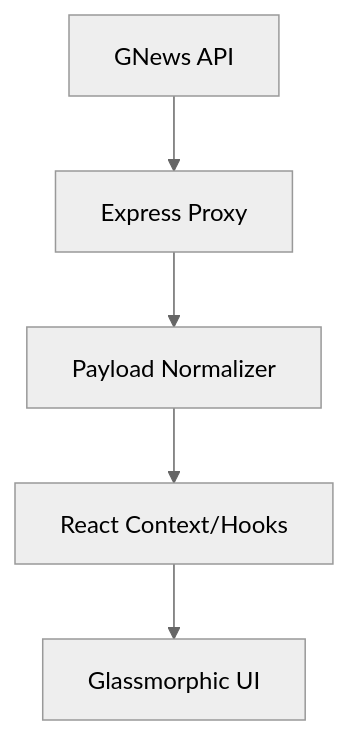
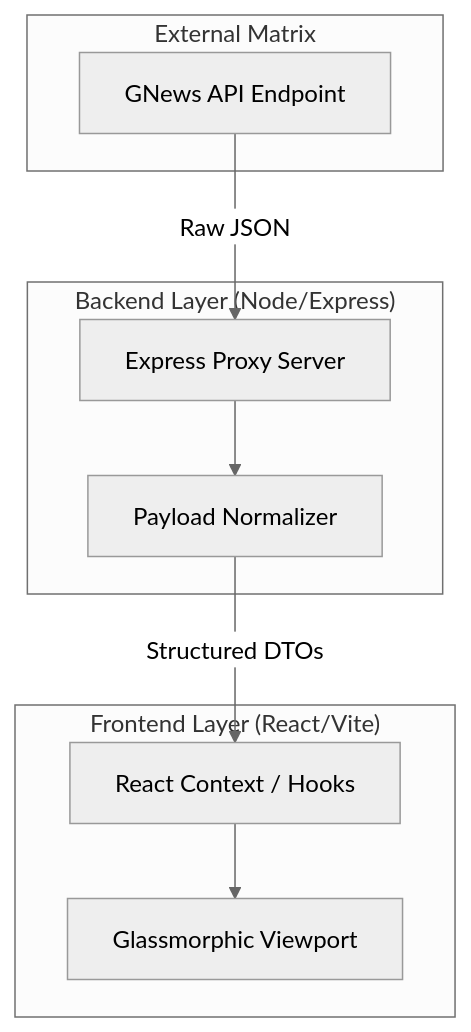
Before and after one commit to SonamNarula/ChaiCode-Dev-Cohort: the diagram in README.md, drawn with Mermaid (neutral theme). The commit also changed other lines of this file, not shown here.

````diff
--- a/README.md
+++ b/README.md
@@ -57,7 +42,21 @@
 ```mermaid
 graph TD
-  API["GNews API"] --> Proxy["Express Proxy"]
-  Proxy --> Sanitizer["Payload Normalizer"]
-  Sanitizer --> State["React Context/Hooks"]
-  State --> UI["Glassmorphic UI"]
+    subgraph "External Matrix"
+        API["GNews API Endpoint"]
+    end
+
+    subgraph "Backend Layer (Node/Express)"
+        Proxy["Express Proxy Server"]
+        Sanitizer["Payload Normalizer"]
+    end
+
+    subgraph "Frontend Layer (React/Vite)"
+        State["React Context / Hooks"]
+        UI["Glassmorphic Viewport"]
+    end
+
+    API -->|Raw JSON| Proxy
+    Proxy --> Sanitizer
+    Sanitizer -->|Structured DTOs| State
+    State --> UI
 ```
````
